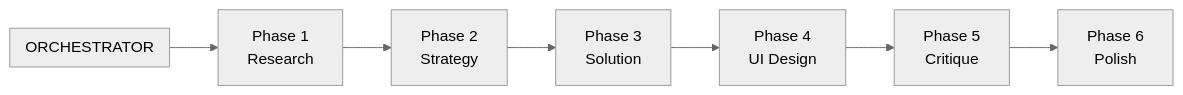
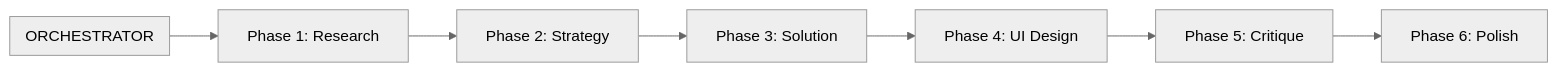
One commit to smileynet/ui-optimizer changed the first of 12 diagrams in docs/reference/diagram-comparison.md. Above: the diagram before and after it, drawn with Mermaid (neutral theme). The commit also changed other lines of this file and 6 other files, not shown here.

First line of the commit message:
fix: simplify Mermaid labels - remove escaped HTML tags

````diff
--- a/docs/reference/diagram-comparison.md
+++ b/docs/reference/diagram-comparison.md
@@ -19,14 +19,14 @@
 ```mermaid
 flowchart LR
     subgraph Orchestrator["ORCHESTRATOR"]
         direction LR
     end
     
-    P1["Phase 1<br/>Research"] --> P2["Phase 2<br/>Strategy"]
-    P2 --> P3["Phase 3<br/>Solution"]
-    P3 --> P4["Phase 4<br/>UI Design"]
-    P4 --> P5["Phase 5<br/>Critique"]
-    P5 --> P6["Phase 6<br/>Polish"]
+    P1[Phase 1: Research] --> P2[Phase 2: Strategy]
+    P2 --> P3[Phase 3: Solution]
+    P3 --> P4[Phase 4: UI Design]
+    P4 --> P5[Phase 5: Critique]
+    P5 --> P6[Phase 6: Polish]
     
     Orchestrator --> P1
 ```
````
